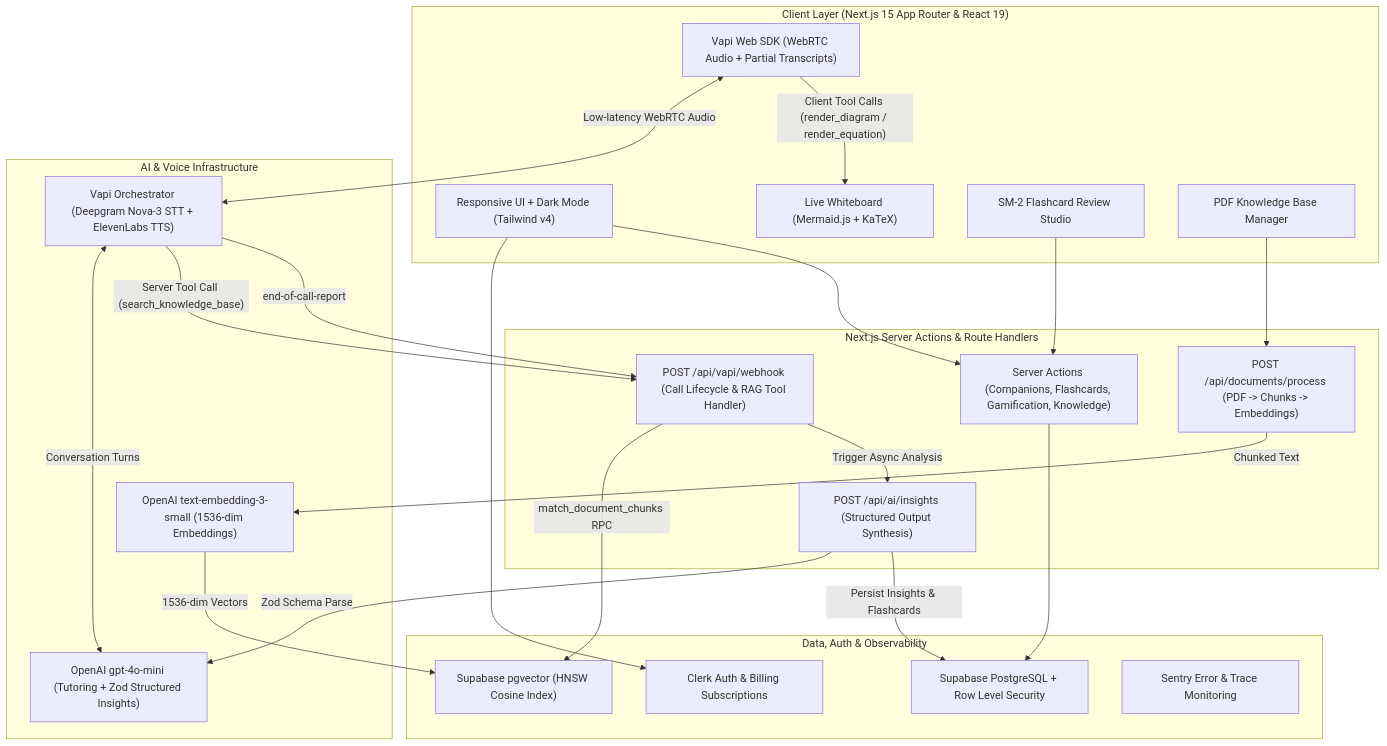
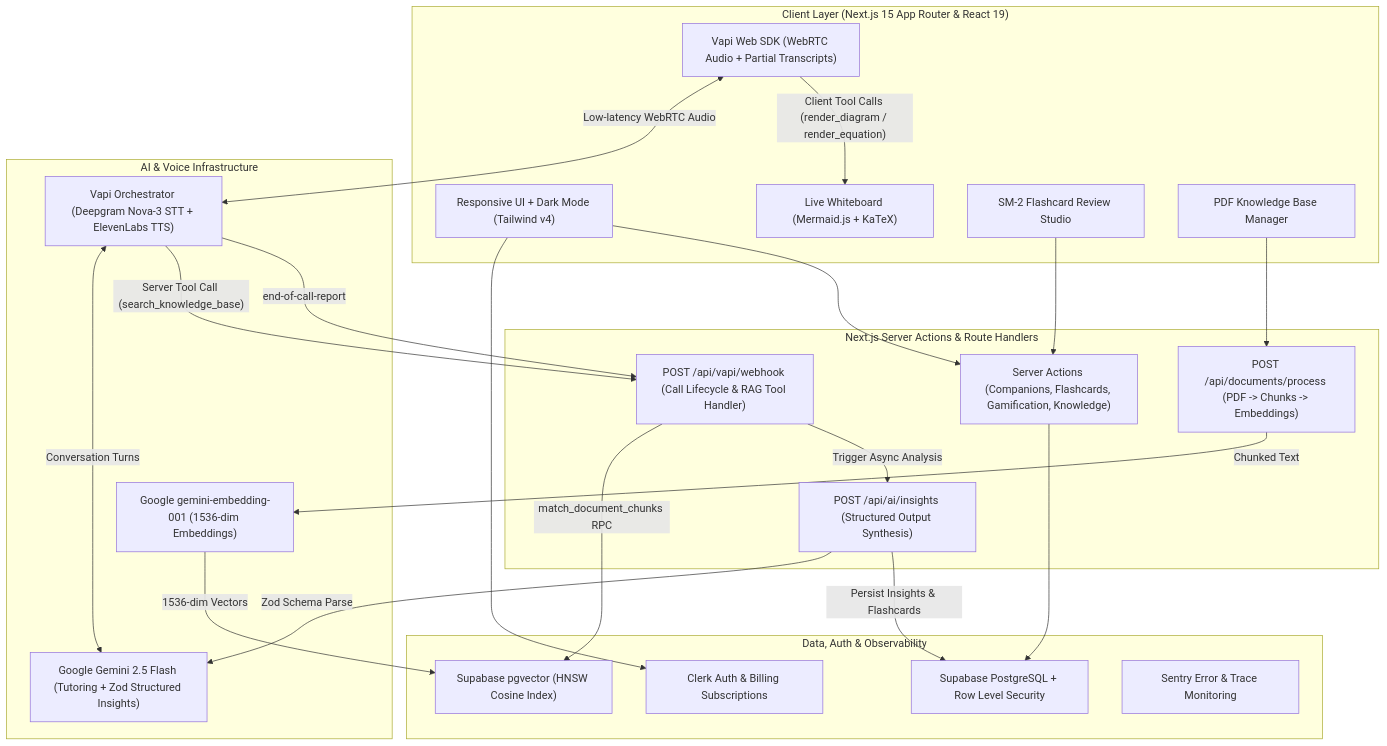
One commit to ishan1603/NeuraNest changed the first of 4 diagrams in README.md. Above: the diagram before and after it, drawn with Mermaid. The commit also changed other lines of this file and 5 other files, not shown here.

Commit message:
feat(ai): use Google Gemini for post-session insights and RAG embeddings

````diff
--- a/README.md
+++ b/README.md
@@ -54,50 +54,50 @@
 ```mermaid
 flowchart TB
   subgraph Client["Client Layer (Next.js 15 App Router & React 19)"]
     UI["Responsive UI + Dark Mode (Tailwind v4)"]
     VoiceSDK["Vapi Web SDK (WebRTC Audio + Partial Transcripts)"]
     WB["Live Whiteboard (Mermaid.js + KaTeX)"]
     SRSUI["SM-2 Flashcard Review Studio"]
     KBUI["PDF Knowledge Base Manager"]
   end
 
   subgraph EdgeServer["Next.js Server Actions & Route Handlers"]
     Actions["Server Actions (Companions, Flashcards, Gamification, Knowledge)"]
     DocAPI["POST /api/documents/process (PDF -> Chunks -> Embeddings)"]
     WebhookAPI["POST /api/vapi/webhook (Call Lifecycle & RAG Tool Handler)"]
     InsightsAPI["POST /api/ai/insights (Structured Output Synthesis)"]
   end
 
   subgraph ExternalAI["AI & Voice Infrastructure"]
     VapiCloud["Vapi Orchestrator (Deepgram Nova-3 STT + ElevenLabs TTS)"]
-    OpenAILLM["OpenAI gpt-4o-mini (Tutoring + Zod Structured Insights)"]
-    OpenAIEmbed["OpenAI text-embedding-3-small (1536-dim Embeddings)"]
+    GeminiLLM["Google Gemini 2.5 Flash (Tutoring + Zod Structured Insights)"]
+    GeminiEmbed["Google gemini-embedding-001 (1536-dim Embeddings)"]
   end
 
   subgraph DataAuth["Data, Auth & Observability"]
     Clerk["Clerk Auth & Billing Subscriptions"]
     SupabaseDB["Supabase PostgreSQL + Row Level Security"]
     PgVector["Supabase pgvector (HNSW Cosine Index)"]
     Sentry["Sentry Error & Trace Monitoring"]
   end
 
   UI --> Clerk
   UI --> Actions
   VoiceSDK <-->|"Low-latency WebRTC Audio"| VapiCloud
   VoiceSDK -->|"Client Tool Calls (render_diagram / render_equation)"| WB
   KBUI --> DocAPI
   SRSUI --> Actions
 
-  DocAPI -->|"Chunked Text"| OpenAIEmbed
-  OpenAIEmbed -->|"1536-dim Vectors"| PgVector
+  DocAPI -->|"Chunked Text"| GeminiEmbed
+  GeminiEmbed -->|"1536-dim Vectors"| PgVector
 
-  VapiCloud <-->|"Conversation Turns"| OpenAILLM
+  VapiCloud <-->|"Conversation Turns"| GeminiLLM
   VapiCloud -->|"Server Tool Call (search_knowledge_base)"| WebhookAPI
   VapiCloud -->|"end-of-call-report"| WebhookAPI
 
   WebhookAPI -->|"match_document_chunks RPC"| PgVector
   WebhookAPI -->|"Trigger Async Analysis"| InsightsAPI
-  InsightsAPI -->|"Zod Schema Parse"| OpenAILLM
+  InsightsAPI -->|"Zod Schema Parse"| GeminiLLM
   InsightsAPI -->|"Persist Insights & Flashcards"| SupabaseDB
   Actions --> SupabaseDB
 ```
````
